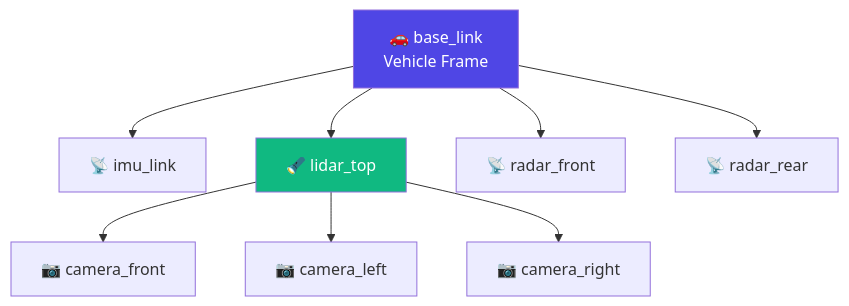
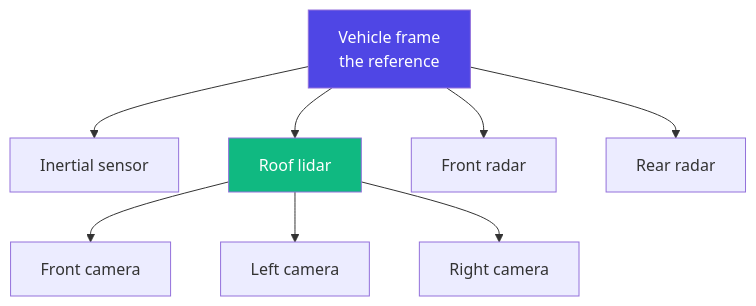
The second of 3 diagrams in src/data/blog/robotics/autonomous-stack-module-3-calibration.md (gopikrishtummala/gopikrishtummala.github.io), drawn with Mermaid before and after one commit. The commit also changed other lines of this file and 8 other files, not shown here.

````diff
--- a/src/data/blog/robotics/autonomous-stack-module-3-calibration.md
+++ b/src/data/blog/robotics/autonomous-stack-module-3-calibration.md
@@ -399,13 +79,12 @@
 ```mermaid
-graph TD
-    ROOT[🚗 base_link<br/>Vehicle Frame] --> IMU[📡 imu_link]
-    ROOT --> LIDAR_TOP[🔦 lidar_top]
-    LIDAR_TOP --> CAM_FRONT[📷 camera_front]
-    LIDAR_TOP --> CAM_LEFT[📷 camera_left]
-    LIDAR_TOP --> CAM_RIGHT[📷 camera_right]
-    ROOT --> RADAR_FRONT[📡 radar_front]
-    ROOT --> RADAR_REAR[📡 radar_rear]
-    
-    style ROOT fill:#4f46e5,color:#fff
-    style LIDAR_TOP fill:#10b981,color:#fff
+flowchart TD
+  ROOT["Vehicle frame<br/>the reference"] --> IMU["Inertial sensor"]
+  ROOT --> LTOP["Roof lidar"]
+  LTOP --> CF["Front camera"]
+  LTOP --> CL["Left camera"]
+  LTOP --> CR["Right camera"]
+  ROOT --> RF["Front radar"]
+  ROOT --> RR["Rear radar"]
+  style ROOT fill:#4f46e5,color:#fff
+  style LTOP fill:#10b981,color:#fff
 ```
````
